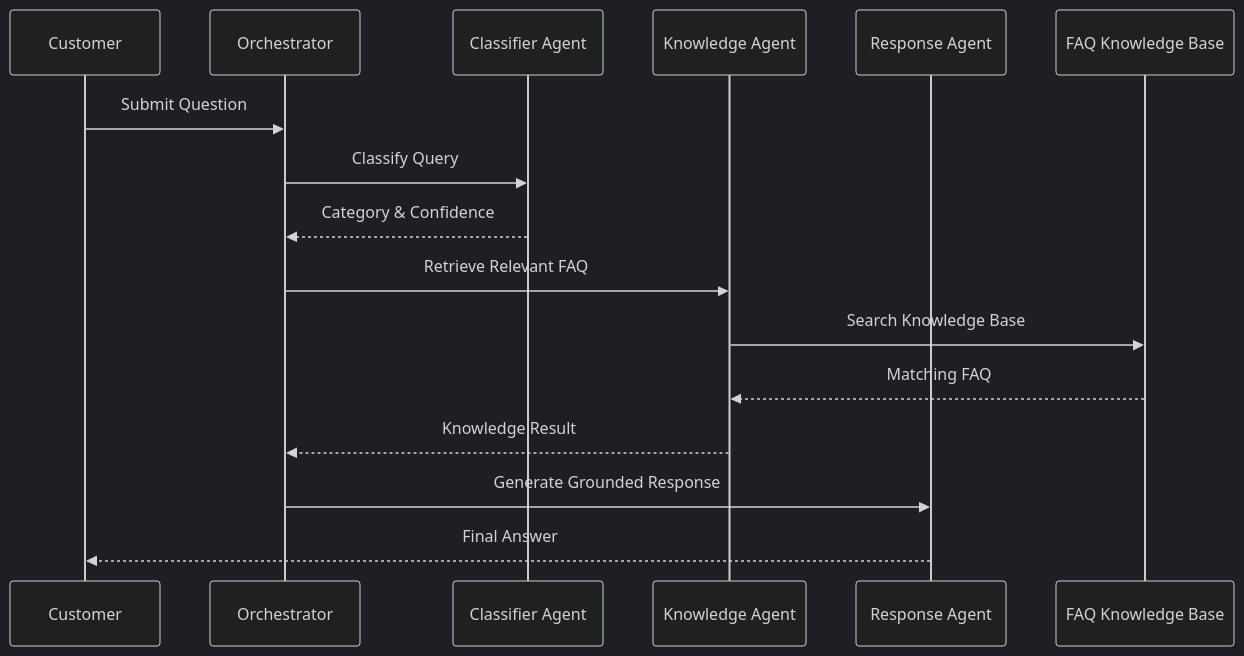
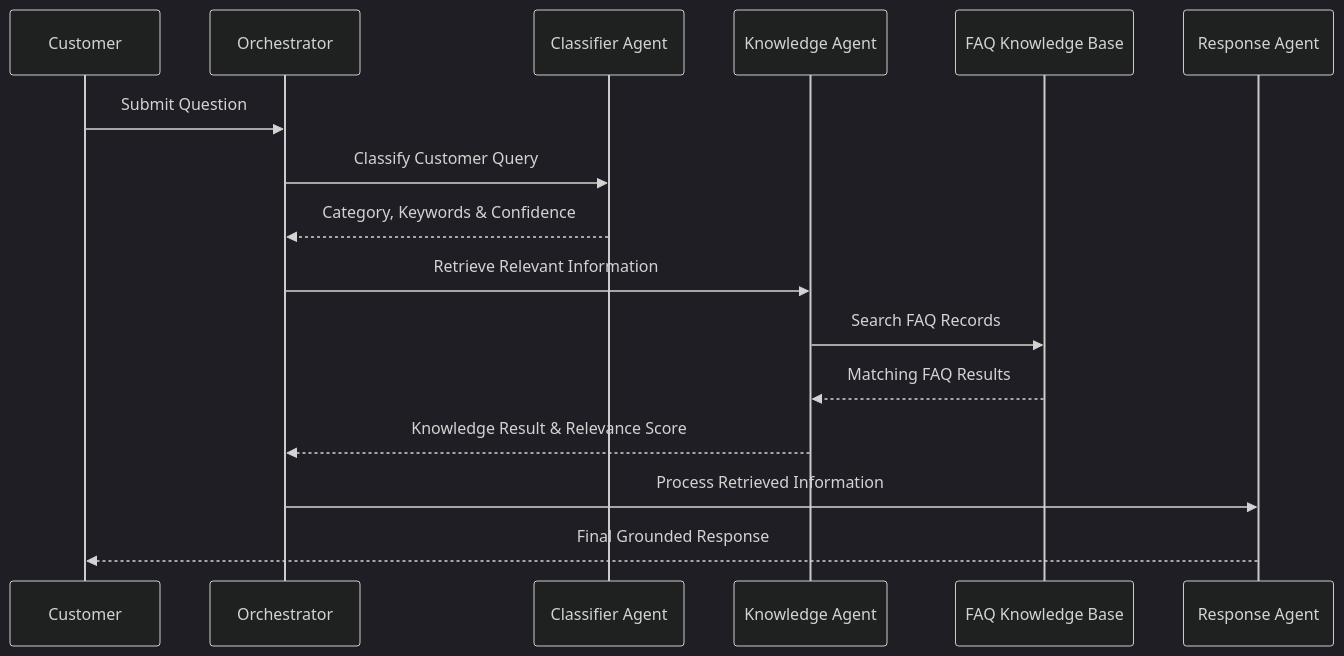
The second of 3 diagrams in README.md (haniaeman2026-pixel/ShopSmart-AI), drawn with Mermaid (dark theme) before and after one commit. The commit also changed other lines of this file, not shown here.

````diff
--- a/README.md
+++ b/README.md
@@ -63,19 +68,19 @@
 ```mermaid
 sequenceDiagram
     participant U as Customer
     participant O as Orchestrator
     participant C as Classifier Agent
     participant K as Knowledge Agent
+    participant DB as FAQ Knowledge Base
     participant R as Response Agent
-    participant DB as FAQ Knowledge Base
 
     U->>O: Submit Question
-    O->>C: Classify Query
-    C-->>O: Category & Confidence
-    O->>K: Retrieve Relevant FAQ
-    K->>DB: Search Knowledge Base
-    DB-->>K: Matching FAQ
-    K-->>O: Knowledge Result
-    O->>R: Generate Grounded Response
-    R-->>U: Final Answer
+    O->>C: Classify Customer Query
+    C-->>O: Category, Keywords & Confidence
+    O->>K: Retrieve Relevant Information
+    K->>DB: Search FAQ Records
+    DB-->>K: Matching FAQ Results
+    K-->>O: Knowledge Result & Relevance Score
+    O->>R: Process Retrieved Information
+    R-->>U: Final Grounded Response
 ```
````
